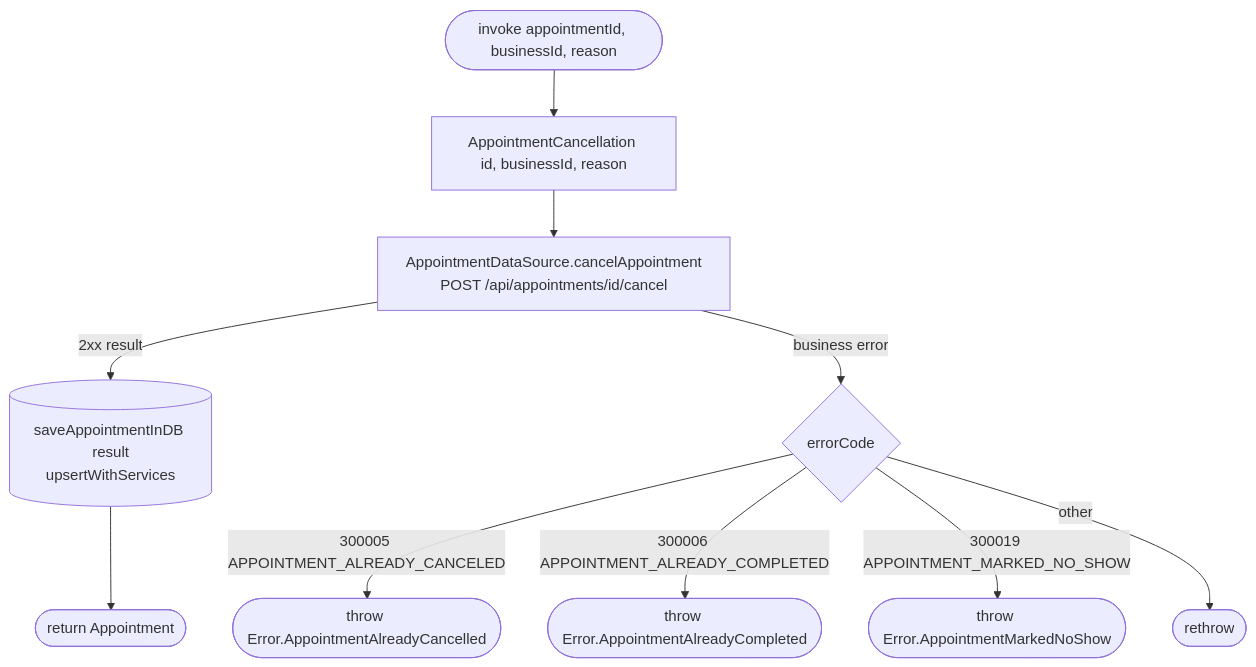
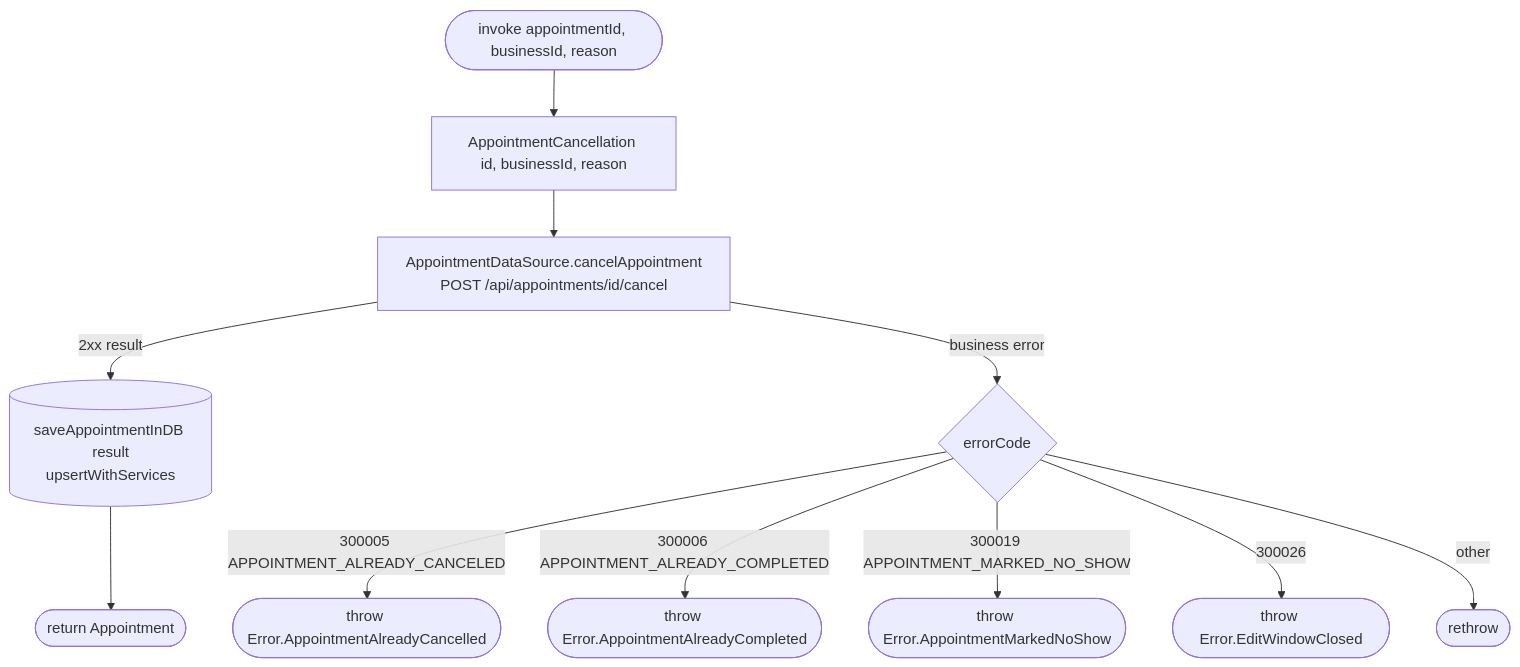
One commit to nocturneproperties/bookkme-client changed the diagram in docs/operations/appointments/cancel-appointment.md. Above: the diagram before and after it, drawn with Mermaid. The commit also changed other lines of this file and 223 other files, not shown here.

````diff
--- a/docs/operations/appointments/cancel-appointment.md
+++ b/docs/operations/appointments/cancel-appointment.md
@@ -11,12 +11,13 @@
 ```mermaid
 flowchart TD
     Start([invoke appointmentId, businessId, reason]) --> Build[AppointmentCancellation id, businessId, reason]
     Build --> Net[AppointmentDataSource.cancelAppointment<br/>POST /api/appointments/id/cancel]
     Net -- 2xx result --> DB[(saveAppointmentInDB result<br/>upsertWithServices)]
     DB --> R([return Appointment])
     Net -- business error --> Code{errorCode}
     Code -- 300005 APPOINTMENT_ALREADY_CANCELED --> E1([throw Error.AppointmentAlreadyCancelled])
     Code -- 300006 APPOINTMENT_ALREADY_COMPLETED --> E2([throw Error.AppointmentAlreadyCompleted])
     Code -- 300019 APPOINTMENT_MARKED_NO_SHOW --> E3([throw Error.AppointmentMarkedNoShow])
+    Code -- 300026 --> Added300026([throw Error.EditWindowClosed])
     Code -- other --> EX([rethrow])
 ```
````
